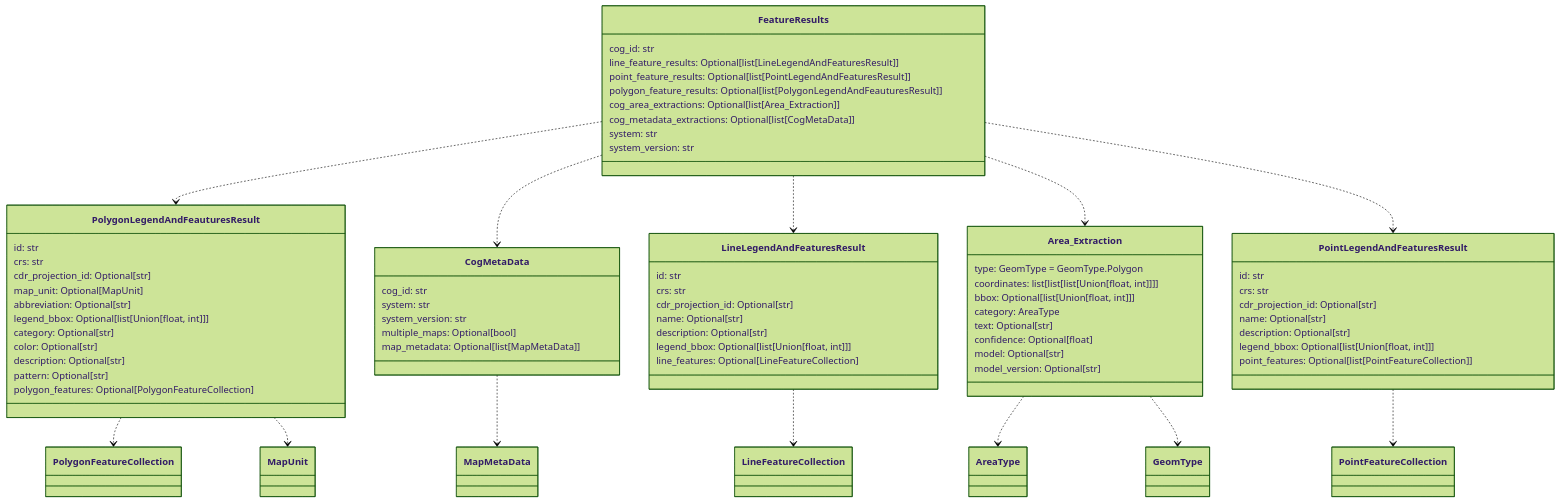
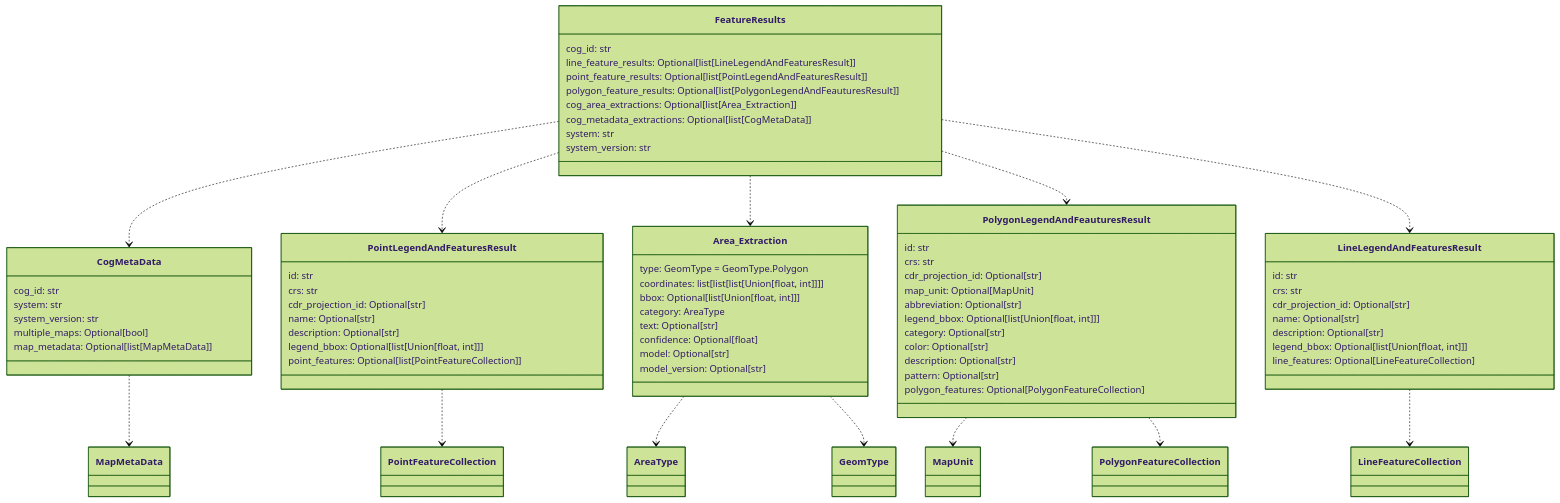
One commit to UW-xDD/cdr_schemas changed the third of 9 diagrams in README.md. Above: the diagram before and after it, drawn with Mermaid (forest theme). The commit also changed other lines of this file and 2 other files, not shown here.

Commit message:
add document extraction ver 0

````diff
--- a/README.md
+++ b/README.md
@@ -188,82 +188,82 @@
 ```mermaid
 classDiagram
-
-    class PolygonLegendAndFeauturesResult {
-        id: str
-        crs: str
-        cdr_projection_id: Optional[str]
-        map_unit: Optional[MapUnit]
-        abbreviation: Optional[str]
-        legend_bbox: Optional[list[Union[float, int]]]
-        category: Optional[str]
-        color: Optional[str]
-        description: Optional[str]
-        pattern: Optional[str]
-        polygon_features: Optional[PolygonFeatureCollection]
-    }
 
     class CogMetaData {
         cog_id: str
         system: str
         system_version: str
         multiple_maps: Optional[bool]
         map_metadata: Optional[list[MapMetaData]]
     }
 
     class FeatureResults {
         cog_id: str
         line_feature_results: Optional[list[LineLegendAndFeaturesResult]]
         point_feature_results: Optional[list[PointLegendAndFeaturesResult]]
         polygon_feature_results: Optional[list[PolygonLegendAndFeauturesResult]]
         cog_area_extractions: Optional[list[Area_Extraction]]
         cog_metadata_extractions: Optional[list[CogMetaData]]
         system: str
         system_version: str
     }
 
-    class LineLegendAndFeaturesResult {
+    class PointLegendAndFeaturesResult {
         id: str
         crs: str
         cdr_projection_id: Optional[str]
         name: Optional[str]
         description: Optional[str]
         legend_bbox: Optional[list[Union[float, int]]]
-        line_features: Optional[LineFeatureCollection]
+        point_features: Optional[list[PointFeatureCollection]]
     }
 
     class Area_Extraction {
         type: GeomType = GeomType.Polygon
         coordinates: list[list[list[Union[float, int]]]]
         bbox: Optional[list[Union[float, int]]]
         category: AreaType
         text: Optional[str]
         confidence: Optional[float]
         model: Optional[str]
         model_version: Optional[str]
     }
 
-    class PointLegendAndFeaturesResult {
+    class PolygonLegendAndFeauturesResult {
+        id: str
+        crs: str
+        cdr_projection_id: Optional[str]
+        map_unit: Optional[MapUnit]
+        abbreviation: Optional[str]
+        legend_bbox: Optional[list[Union[float, int]]]
+        category: Optional[str]
+        color: Optional[str]
+        description: Optional[str]
+        pattern: Optional[str]
+        polygon_features: Optional[PolygonFeatureCollection]
+    }
+
+    class LineLegendAndFeaturesResult {
         id: str
         crs: str
         cdr_projection_id: Optional[str]
         name: Optional[str]
         description: Optional[str]
         legend_bbox: Optional[list[Union[float, int]]]
-        point_features: Optional[list[PointFeatureCollection]]
+        line_features: Optional[LineFeatureCollection]
     }
 
     Area_Extraction ..> AreaType
     Area_Extraction ..> GeomType
     LineLegendAndFeaturesResult ..> LineFeatureCollection
     PointLegendAndFeaturesResult ..> PointFeatureCollection
+    PolygonLegendAndFeauturesResult ..> MapUnit
     PolygonLegendAndFeauturesResult ..> PolygonFeatureCollection
-    PolygonLegendAndFeauturesResult ..> MapUnit
     CogMetaData ..> MapMetaData
+    FeatureResults ..> CogMetaData
+    FeatureResults ..> PointLegendAndFeaturesResult
+    FeatureResults ..> Area_Extraction
     FeatureResults ..> PolygonLegendAndFeauturesResult
-    FeatureResults ..> CogMetaData
     FeatureResults ..> LineLegendAndFeaturesResult
-    FeatureResults ..> Area_Extraction
-    FeatureResults ..> PointLegendAndFeaturesResult
 
 
 ```
````
